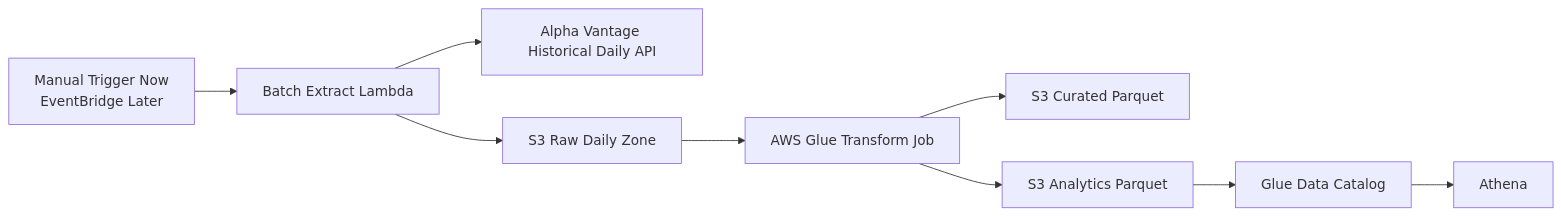
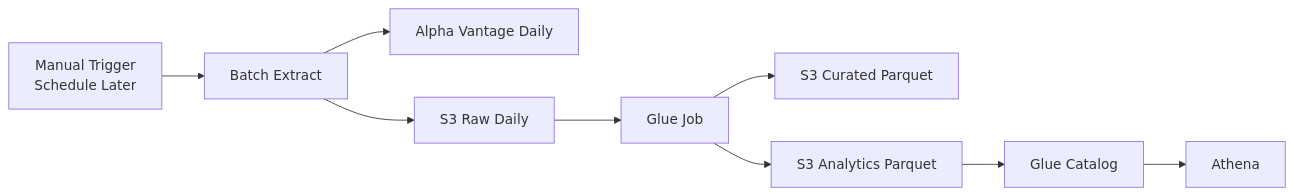
Before and after one commit to hsjoi0214/market-data-platform: the second of 2 diagrams in README.md, drawn with Mermaid. The commit also changed other lines of this file, not shown here.

Commit message:
docs(readme): shorten mermaid diagram labels

````diff
--- a/README.md
+++ b/README.md
@@ -74,11 +74,11 @@
 ```mermaid
 flowchart LR
-    A["Manual Trigger Now<br/>EventBridge Later"] --> B["Batch Extract Lambda"]
-    B --> C["Alpha Vantage Historical Daily API"]
-    B --> D["S3 Raw Daily Zone"]
-    D --> E["AWS Glue Transform Job"]
+    A["Manual Trigger<br/>Schedule Later"] --> B["Batch Extract"]
+    B --> C["Alpha Vantage Daily"]
+    B --> D["S3 Raw Daily"]
+    D --> E["Glue Job"]
     E --> F["S3 Curated Parquet"]
     E --> G["S3 Analytics Parquet"]
-    G --> H["Glue Data Catalog"]
+    G --> H["Glue Catalog"]
     H --> I["Athena"]
 ```
````
